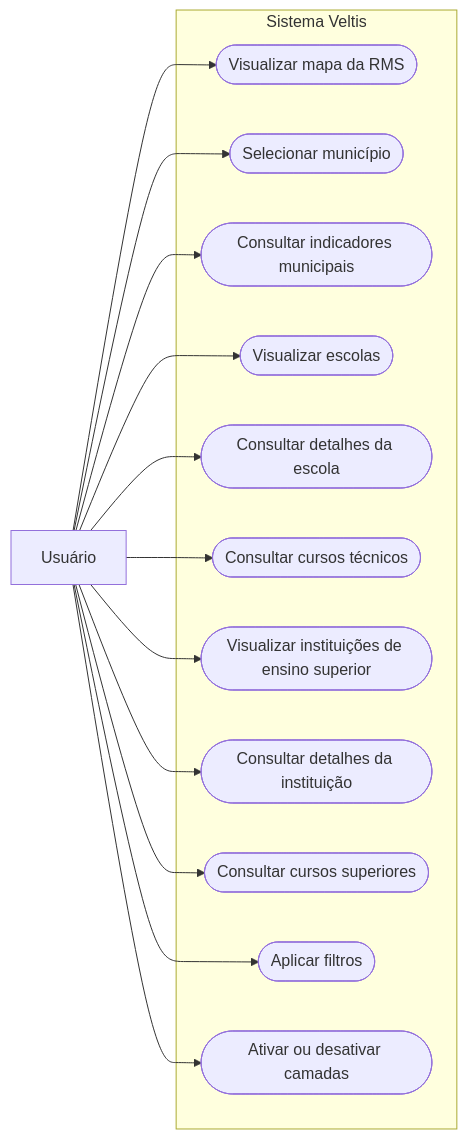
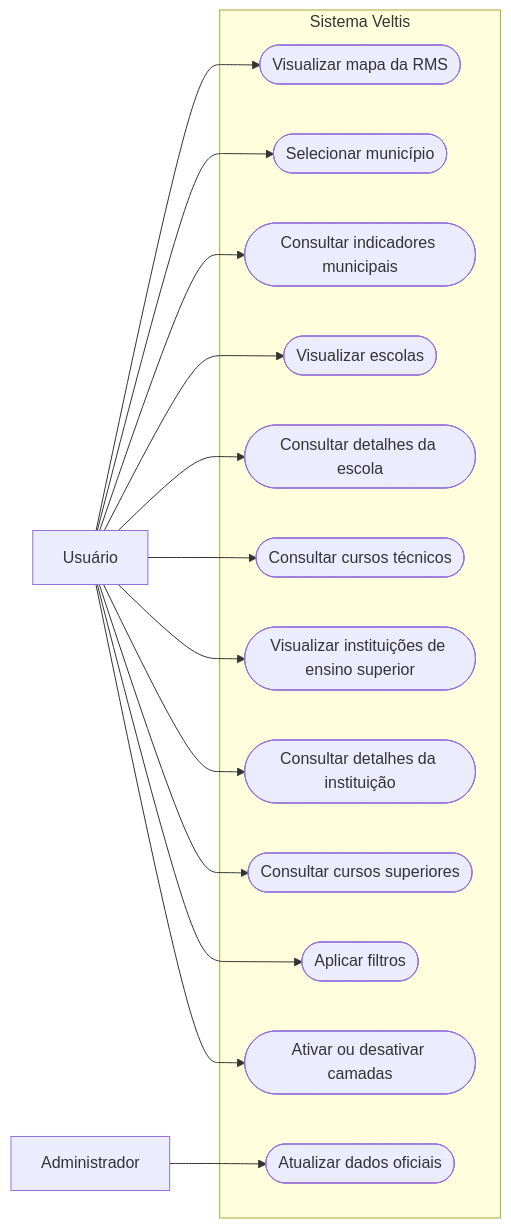
The diagram in docs/caso_de_uso/casos-de-uso-veltis-03-11.md (martinsjul/veltis), drawn with Mermaid before and after one commit. The commit also changed other lines of this file and 28 other files, not shown here.

````diff
--- a/docs/caso_de_uso/casos-de-uso-veltis-03-11.md
+++ b/docs/caso_de_uso/casos-de-uso-veltis-03-11.md
@@ -12,30 +12,34 @@
 ```mermaid
 flowchart LR
     Usuario["Usuário"]
 
     subgraph Veltis["Sistema Veltis"]
         UC01(["Visualizar mapa da RMS"])
         UC02(["Selecionar município"])
         UC03(["Consultar indicadores municipais"])
         UC04(["Visualizar escolas"])
         UC05(["Consultar detalhes da escola"])
         UC06(["Consultar cursos técnicos"])
         UC07(["Visualizar instituições de ensino superior"])
         UC08(["Consultar detalhes da instituição"])
         UC09(["Consultar cursos superiores"])
         UC10(["Aplicar filtros"])
         UC11(["Ativar ou desativar camadas"])
+        UC12(["Atualizar dados oficiais"])
     end
+
+    Admin["Administrador"]
+    Admin --> UC12
 
     Usuario --> UC01
     Usuario --> UC02
     Usuario --> UC03
     Usuario --> UC04
     Usuario --> UC05
     Usuario --> UC06
     Usuario --> UC07
     Usuario --> UC08
     Usuario --> UC09
     Usuario --> UC10
     Usuario --> UC11
 ```
````
